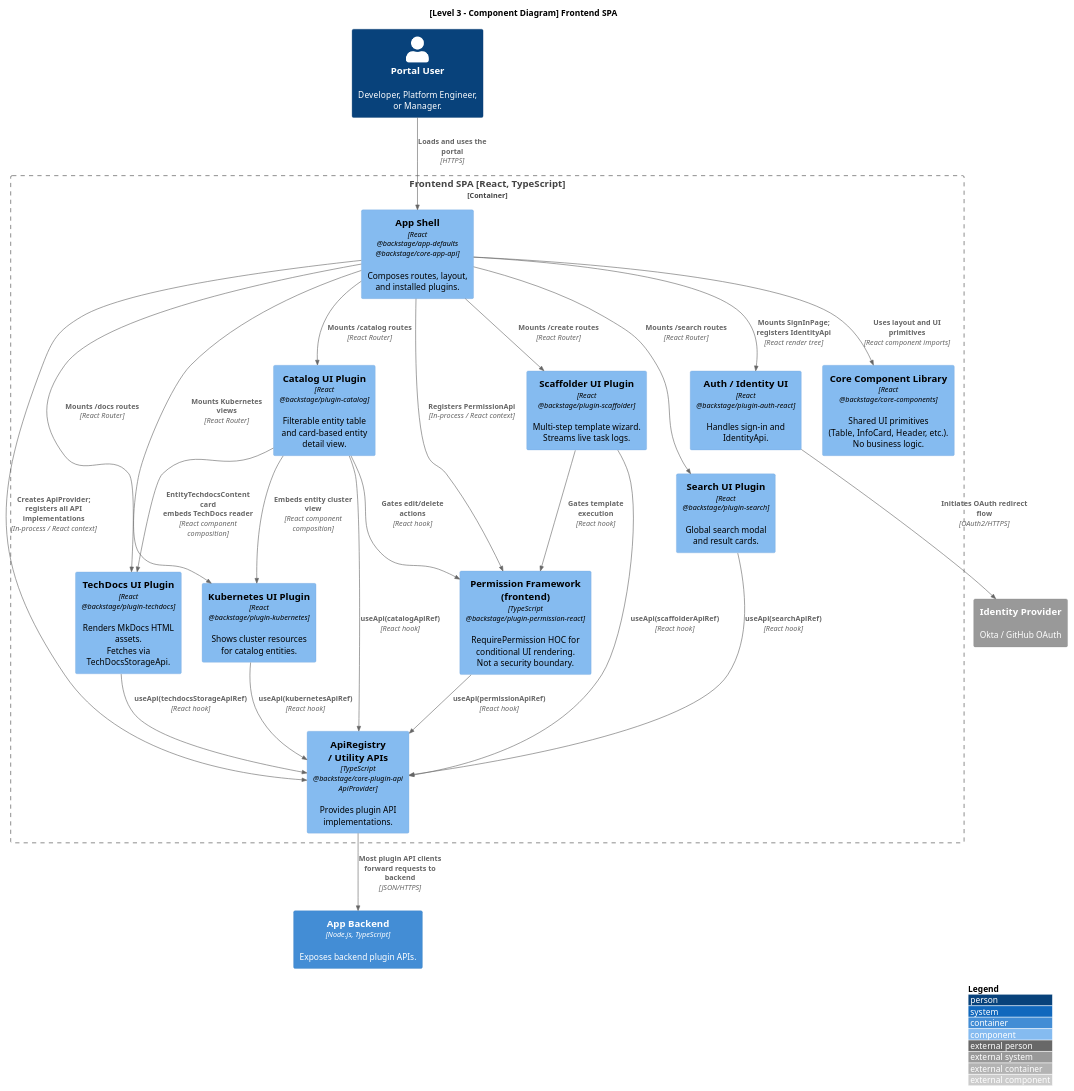
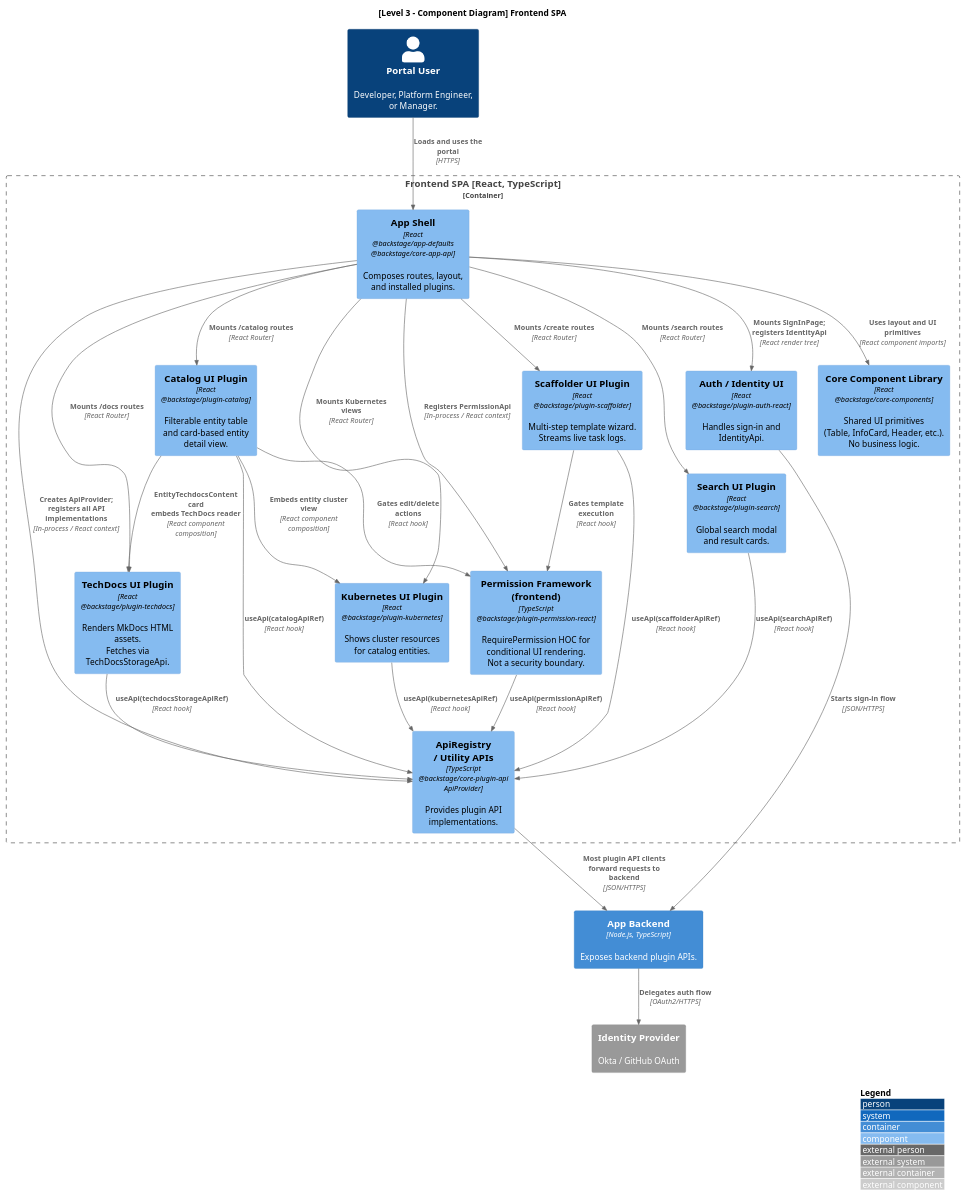
The diagram in notes/architecture/diagrams/component-diagram-frontend.puml (Group06-SwDA/Project), drawn with PlantUML before and after one commit. The commit also changed 11 other files, not shown here.

Commit message:
feat: checked diagrams in details and minore changes

```diff
--- a/notes/architecture/diagrams/component-diagram-frontend.puml
+++ b/notes/architecture/diagrams/component-diagram-frontend.puml
@@ -1,64 +1,65 @@
 @startuml component-diagram-frontend
 !include <c4/C4_Component.puml>
 
 LAYOUT_WITH_LEGEND()
 
 title [Level 3 - Component Diagram] Frontend SPA
 
 Person(user, "Portal User", "Developer, Platform Engineer, or Manager.")
 
 Container_Boundary(frontend, "Frontend SPA [React, TypeScript]") {
 
     Component(appShell, "App Shell", "React\n@backstage/app-defaults\n@backstage/core-app-api", "Composes routes, layout,\nand installed plugins.")
 
     Component(apiRegistry, "ApiRegistry\n/ Utility APIs", "TypeScript\n@backstage/core-plugin-api\nApiProvider", "Provides plugin API\nimplementations.")
 
     Component(identityAuth, "Auth / Identity UI", "React\n@backstage/plugin-auth-react", "Handles sign-in and\nIdentityApi.")
 
     Component(catalogUI, "Catalog UI Plugin", "React\n@backstage/plugin-catalog", "Filterable entity table\nand card-based entity\ndetail view.")
 
     Component(scaffolderUI, "Scaffolder UI Plugin", "React\n@backstage/plugin-scaffolder", "Multi-step template wizard.\nStreams live task logs.")
 
     Component(techdocsUI, "TechDocs UI Plugin", "React\n@backstage/plugin-techdocs", "Renders MkDocs HTML assets.\nFetches via TechDocsStorageApi.")
 
     Component(kubernetesUI, "Kubernetes UI Plugin", "React\n@backstage/plugin-kubernetes", "Shows cluster resources\nfor catalog entities.")
 
     Component(searchUI, "Search UI Plugin", "React\n@backstage/plugin-search", "Global search modal\nand result cards.")
 
     Component(permissionUI, "Permission Framework\n(frontend)", "TypeScript\n@backstage/plugin-permission-react", "RequirePermission HOC for\nconditional UI rendering.\nNot a security boundary.")
 
     Component(coreComponents, "Core Component Library", "React\n@backstage/core-components", "Shared UI primitives\n(Table, InfoCard, Header, etc.).\nNo business logic.")
 }
 
 Container(backend, "App Backend", "Node.js, TypeScript", "Exposes backend plugin APIs.")
 System_Ext(idp, "Identity Provider", "Okta / GitHub OAuth")
 
 Rel(user, appShell, "Loads and uses the portal", "HTTPS")
 
 Rel(appShell, apiRegistry, "Creates ApiProvider;\nregisters all API implementations", "In-process / React context")
 Rel(appShell, identityAuth, "Mounts SignInPage;\nregisters IdentityApi", "React render tree")
 Rel(appShell, catalogUI, "Mounts /catalog routes", "React Router")
 Rel(appShell, scaffolderUI, "Mounts /create routes", "React Router")
 Rel(appShell, techdocsUI, "Mounts /docs routes", "React Router")
 Rel(appShell, kubernetesUI, "Mounts Kubernetes views", "React Router")
 Rel(appShell, searchUI, "Mounts /search routes", "React Router")
 Rel(appShell, permissionUI, "Registers PermissionApi", "In-process / React context")
 Rel(appShell, coreComponents, "Uses layout and UI primitives", "React component imports")
 
 Rel(catalogUI, apiRegistry, "useApi(catalogApiRef)", "React hook")
 Rel(scaffolderUI, apiRegistry, "useApi(scaffolderApiRef)", "React hook")
 Rel(techdocsUI, apiRegistry, "useApi(techdocsStorageApiRef)", "React hook")
 Rel(kubernetesUI, apiRegistry, "useApi(kubernetesApiRef)", "React hook")
 Rel(searchUI, apiRegistry, "useApi(searchApiRef)", "React hook")
 Rel(permissionUI, apiRegistry, "useApi(permissionApiRef)", "React hook")
 
 
 Rel(catalogUI, techdocsUI, "EntityTechdocsContent card\nembeds TechDocs reader", "React component composition")
 Rel(catalogUI, kubernetesUI, "Embeds entity cluster view", "React component composition")
 Rel(catalogUI, permissionUI, "Gates edit/delete actions", "React hook")
 Rel(scaffolderUI, permissionUI, "Gates template execution", "React hook")
 
 Rel(apiRegistry, backend, "Most plugin API clients\nforward requests to backend", "JSON/HTTPS")
-Rel(identityAuth, idp, "Initiates OAuth redirect flow", "OAuth2/HTTPS")
+Rel(identityAuth, backend, "Starts sign-in flow", "JSON/HTTPS")
+Rel(backend, idp, "Delegates auth flow", "OAuth2/HTTPS")
 
 @enduml
```
